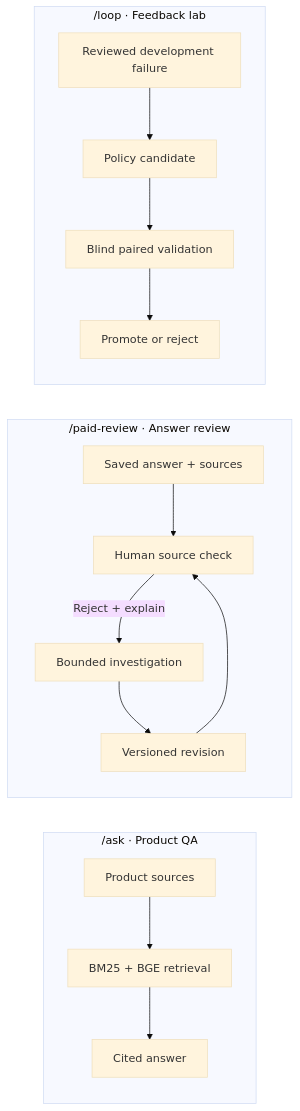
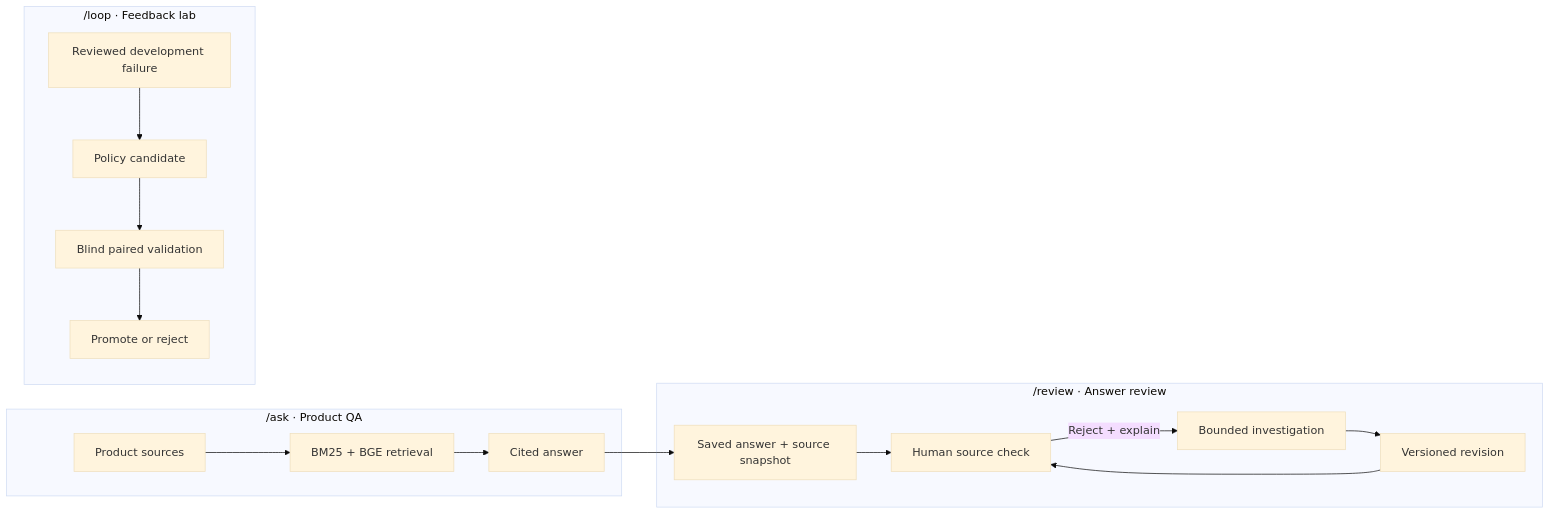
Before and after one commit to jayeshsuyal/ablatrix: the diagram in README.md, drawn with Mermaid (base theme). The commit also changed other lines of this file and 22 other files, not shown here.

````diff
--- a/README.md
+++ b/README.md
@@ -19,17 +19,17 @@
 ```mermaid
 flowchart LR
   subgraph Ask["/ask · Product QA"]
     A[Product sources] --> B[BM25 + BGE retrieval] --> C[Cited answer]
   end
-  subgraph Review["/paid-review · Answer review"]
-    D[Saved answer + sources] --> E[Human source check]
+  subgraph Review["/review · Answer review"]
+    C --> D[Saved answer + source snapshot] --> E[Human source check]
     E -->|Reject + explain| F[Bounded investigation]
     F --> G[Versioned revision]
     G --> E
   end
   subgraph Lab["/loop · Feedback lab"]
     H[Reviewed development failure] --> I[Policy candidate]
     I --> J[Blind paired validation]
     J --> K[Promote or reject]
   end
 ```
````
